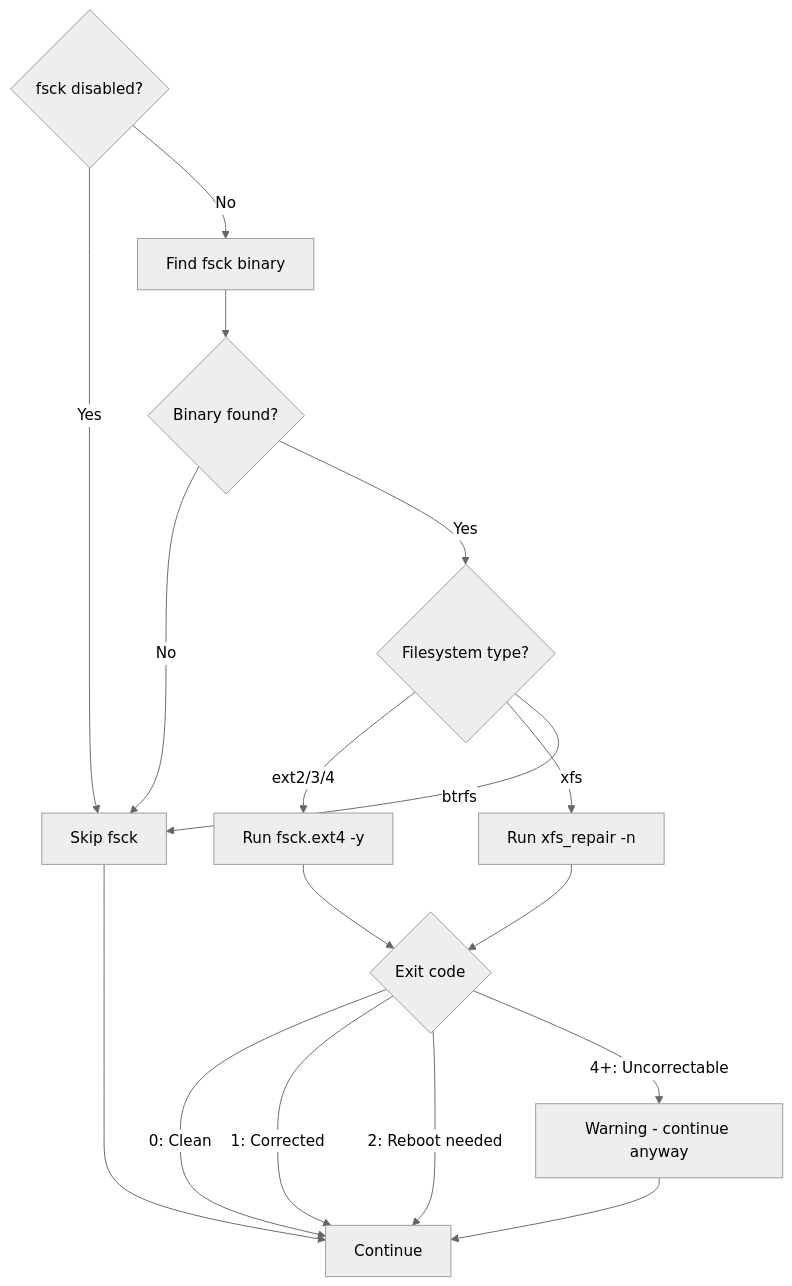
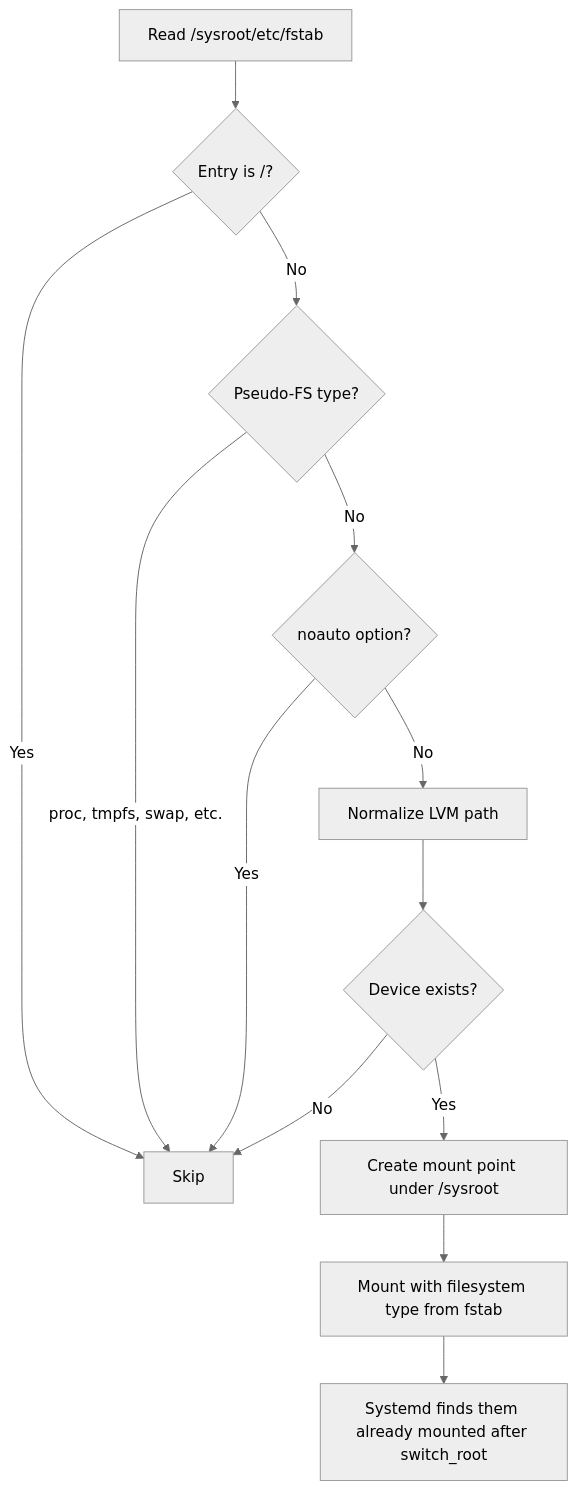
The ninth of 11 diagrams in docs/boot-flow.md (zaolin/vanguard), drawn with Mermaid (neutral theme) before and after one commit. The commit also changed other lines of this file and 3 other files, not shown here.

````diff
--- a/docs/boot-flow.md
+++ b/docs/boot-flow.md
@@ -241,19 +243,15 @@
 ```mermaid
 flowchart TD
-    A{fsck disabled?} -->|Yes| B[Skip fsck]
-    A -->|No| C[Find fsck binary]
-    C --> D{Binary found?}
-    D -->|No| B
-    D -->|Yes| E{Filesystem type?}
-    E -->|ext2/3/4| F[Run fsck.ext4 -y]
-    E -->|xfs| G[Run xfs_repair -n]
-    E -->|btrfs| B
-    F --> H{Exit code}
-    G --> H
-    H -->|0: Clean| I[Continue]
-    H -->|1: Corrected| I
-    H -->|2: Reboot needed| I
-    H -->|4+: Uncorrectable| J[Warning - continue anyway]
-    J --> I
-    B --> I
+    A[Read /sysroot/etc/fstab] --> B{Entry is /?}
+    B -->|Yes| C[Skip]
+    B -->|No| D{Pseudo-FS type?}
+    D -->|proc, tmpfs, swap, etc.| C
+    D -->|No| E{noauto option?}
+    E -->|Yes| C
+    E -->|No| F[Normalize LVM path]
+    F --> G{Device exists?}
+    G -->|No| C
+    G -->|Yes| H[Create mount point under /sysroot]
+    H --> I[Mount with filesystem type from fstab]
+    I --> J[Systemd finds them already mounted after switch_root]
 ```
````
